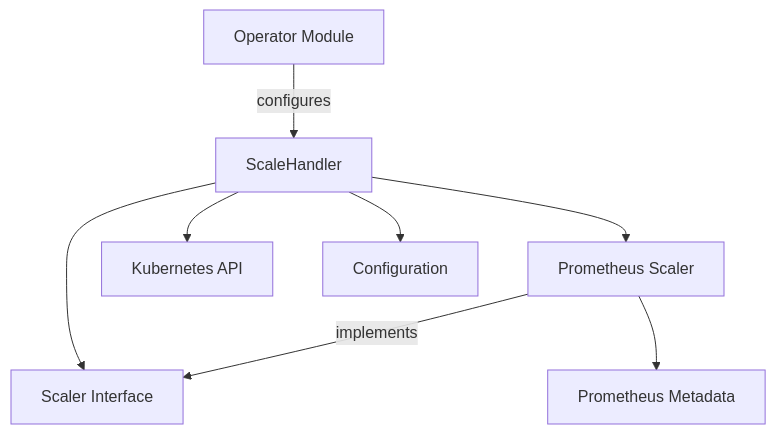
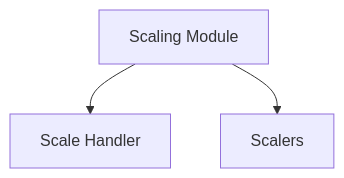
The diagram in demo/repos/KubeElasti/scaling.md (ShreyasPatel031/CodeWiki), drawn with Mermaid before and after one commit. The commit also changed other lines of this file and 55 other files, not shown here.

````diff
--- a/demo/repos/KubeElasti/scaling.md
+++ b/demo/repos/KubeElasti/scaling.md
@@ -102,14 +11,12 @@
 ```mermaid
 graph TD
-    A[ScaleHandler] --> B[Scaler Interface]
-    C[Prometheus Scaler] -- implements --> B
-    A --> C
-    C --> D[Prometheus Metadata]
-    A --> E[Kubernetes API]
-    A --> F[Configuration]
-    G[Operator Module] -- configures --> A
+    scaling[Scaling Module]
+    scale_handler[Scale Handler]
+    scalers[Scalers]
 
-    click E "k8shelper.md" "View Kubernetes Helper Module"
-    click F "config.md" "View Config Module"
-    click G "operator.md" "View Operator Module"
+    scaling --> scale_handler
+    scaling --> scalers
+
+    click scale_handler "scale_handler.md" "View Scale Handler Documentation"
+    click scalers "scalers.md" "View Scalers Documentation"
 ```
````
